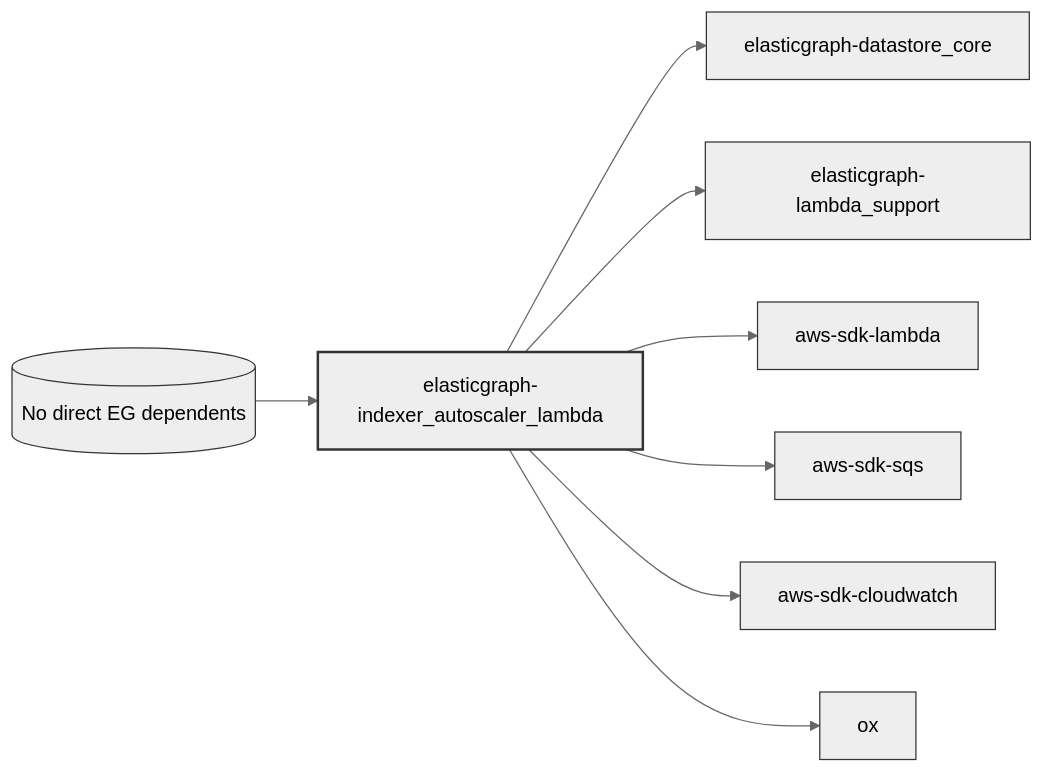
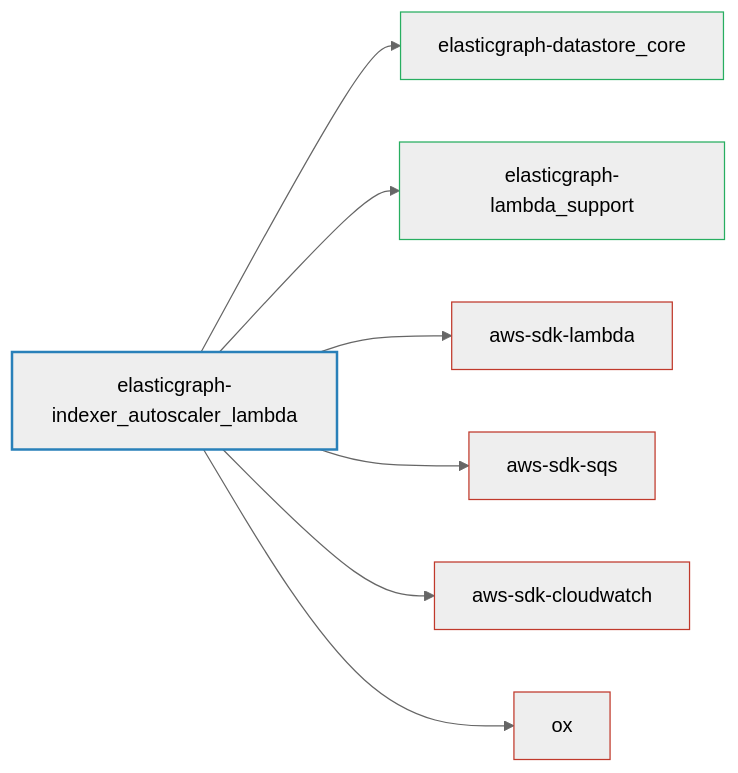
One commit to block/elasticgraph changed the diagram in elasticgraph-indexer_autoscaler_lambda/README.md. Above: the diagram before and after it, drawn with Mermaid (neutral theme). The commit also changed 21 other files, not shown here.

````diff
--- a/elasticgraph-indexer_autoscaler_lambda/README.md
+++ b/elasticgraph-indexer_autoscaler_lambda/README.md
@@ -4,22 +4,23 @@
 ```mermaid
 graph LR;
+    elasticgraph-indexer_autoscaler_lambda["elasticgraph-indexer_autoscaler_lambda"];
+    elasticgraph-datastore_core["elasticgraph-datastore_core"];
     elasticgraph-indexer_autoscaler_lambda --> elasticgraph-datastore_core;
+    elasticgraph-lambda_support["elasticgraph-lambda_support"];
     elasticgraph-indexer_autoscaler_lambda --> elasticgraph-lambda_support;
+    aws-sdk-lambda["aws-sdk-lambda"];
     elasticgraph-indexer_autoscaler_lambda --> aws-sdk-lambda;
+    aws-sdk-sqs["aws-sdk-sqs"];
     elasticgraph-indexer_autoscaler_lambda --> aws-sdk-sqs;
+    aws-sdk-cloudwatch["aws-sdk-cloudwatch"];
     elasticgraph-indexer_autoscaler_lambda --> aws-sdk-cloudwatch;
+    ox["ox"];
     elasticgraph-indexer_autoscaler_lambda --> ox;
-    no_eg_dependents[(No direct EG dependents)] --> elasticgraph-indexer_autoscaler_lambda;
-    classDef currentGemStyle fill:#lightblue,stroke:#333,stroke-width:2px;
-    classDef internalEgGemStyle fill:#lightgreen,stroke:#333,stroke-width:1px;
-    classDef externalGemStyle fill:#lightcoral,stroke:#333,stroke-width:1px;
-    classDef placeholderNodeStyle fill:#eee,stroke:#333,stroke-width:1px;
-    class elasticgraph-indexer_autoscaler_lambda currentGemStyle;
-    class elasticgraph-datastore_core internalEgGemStyle;
-    class elasticgraph-lambda_support internalEgGemStyle;
-    class aws-sdk-lambda externalGemStyle;
-    class aws-sdk-sqs externalGemStyle;
-    class aws-sdk-cloudwatch externalGemStyle;
-    class ox externalGemStyle;
-    class no_eg_dependents placeholderNodeStyle;
+    style elasticgraph-indexer_autoscaler_lambda fill:#lightblue,stroke:#2980b9,stroke-width:2px,color:#000;
+    style elasticgraph-datastore_core fill:#lightgreen,stroke:#27ae60,stroke-width:1px,color:#000;
+    style elasticgraph-lambda_support fill:#lightgreen,stroke:#27ae60,stroke-width:1px,color:#000;
+    style aws-sdk-lambda fill:#lightcoral,stroke:#c0392b,stroke-width:1px,color:#000;
+    style aws-sdk-sqs fill:#lightcoral,stroke:#c0392b,stroke-width:1px,color:#000;
+    style aws-sdk-cloudwatch fill:#lightcoral,stroke:#c0392b,stroke-width:1px,color:#000;
+    style ox fill:#lightcoral,stroke:#c0392b,stroke-width:1px,color:#000;
 ```
````
